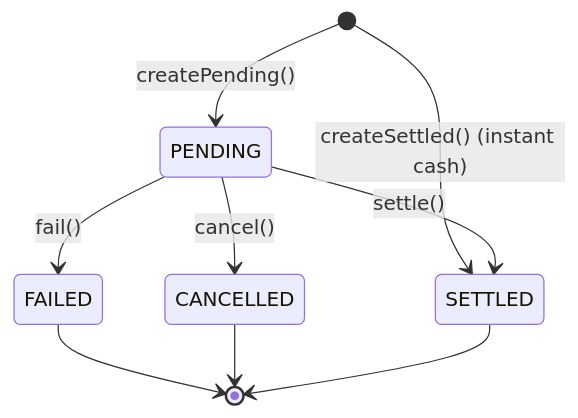
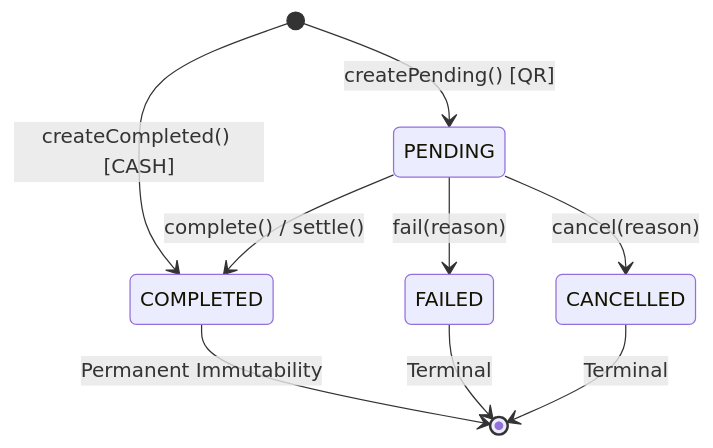
Before and after one commit to izzydin/kinergy-platform: the diagram in docs/domain/sales-payments.md, drawn with Mermaid. The commit also changed other lines of this file and 1 other file, not shown here.

````diff
--- a/docs/domain/sales-payments.md
+++ b/docs/domain/sales-payments.md
@@ -718,13 +265,13 @@
 ```mermaid
 stateDiagram-v2
-    [*] --> PENDING : createPending()
-    [*] --> SETTLED : createSettled() (instant cash)
+    [*] --> PENDING : createPending() [QR]
+    [*] --> COMPLETED : createCompleted() [CASH]
 
-    PENDING --> SETTLED : settle()
-    PENDING --> FAILED : fail()
-    PENDING --> CANCELLED : cancel()
+    PENDING --> COMPLETED : complete() / settle()
+    PENDING --> FAILED : fail(reason)
+    PENDING --> CANCELLED : cancel(reason)
 
-    FAILED --> [*]
-    CANCELLED --> [*]
-    SETTLED --> [*]
+    COMPLETED --> [*] : Permanent Immutability
+    FAILED --> [*] : Terminal
+    CANCELLED --> [*] : Terminal
 ```
````
